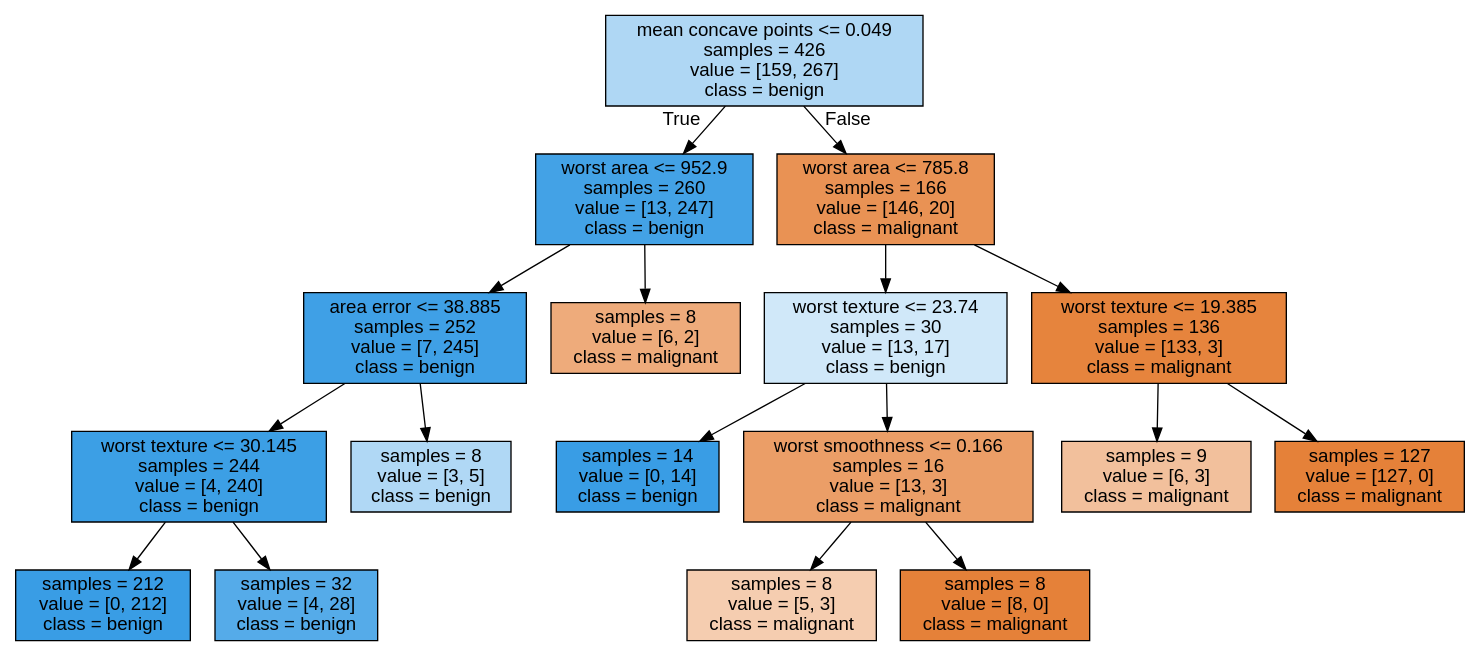
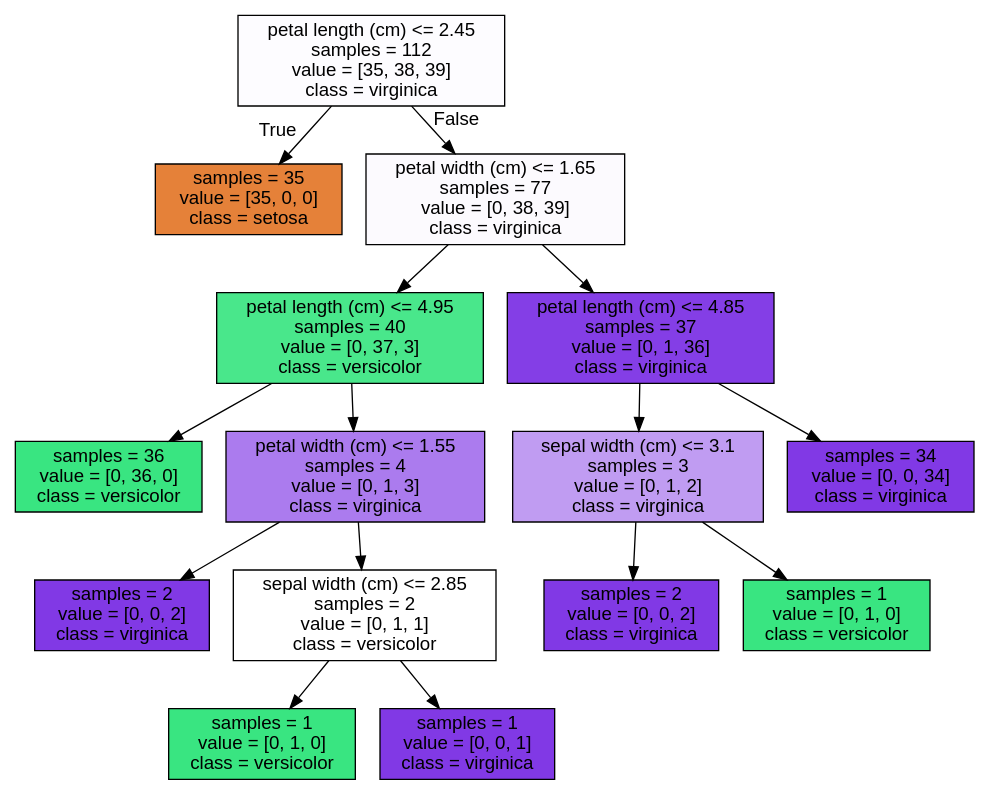
One commit to iamchrismavor/UMichigan_DataScience changed the diagram in Course 3 - ML/adspy_temp.dot. Above: the diagram before and after it, drawn with Graphviz. The commit also changed 3 other files, not shown here.

```diff
--- a/Course 3 - ML/adspy_temp.dot
+++ b/Course 3 - ML/adspy_temp.dot
@@ -1,37 +1,33 @@
 digraph Tree {
 node [shape=box, style="filled", color="black", fontname="helvetica"] ;
 edge [fontname="helvetica"] ;
-0 [label="mean concave points <= 0.049\nsamples = 426\nvalue = [159, 267]\nclass = benign", fillcolor="#afd7f4"] ;
-1 [label="worst area <= 952.9\nsamples = 260\nvalue = [13, 247]\nclass = benign", fillcolor="#43a2e6"] ;
+0 [label="petal length (cm) <= 2.45\nsamples = 112\nvalue = [35, 38, 39]\nclass = virginica", fillcolor="#fdfcff"] ;
+1 [label="samples = 35\nvalue = [35, 0, 0]\nclass = setosa", fillcolor="#e58139"] ;
 0 -> 1 [labeldistance=2.5, labelangle=45, headlabel="True"] ;
-2 [label="area error <= 38.885\nsamples = 252\nvalue = [7, 245]\nclass = benign", fillcolor="#3fa0e6"] ;
-1 -> 2 ;
-3 [label="worst texture <= 30.145\nsamples = 244\nvalue = [4, 240]\nclass = benign", fillcolor="#3c9fe5"] ;
+2 [label="petal width (cm) <= 1.65\nsamples = 77\nvalue = [0, 38, 39]\nclass = virginica", fillcolor="#fcfafe"] ;
+0 -> 2 [labeldistance=2.5, labelangle=-45, headlabel="False"] ;
+3 [label="petal length (cm) <= 4.95\nsamples = 40\nvalue = [0, 37, 3]\nclass = versicolor", fillcolor="#49e78b"] ;
 2 -> 3 ;
-4 [label="samples = 212\nvalue = [0, 212]\nclass = benign", fillcolor="#399de5"] ;
+4 [label="samples = 36\nvalue = [0, 36, 0]\nclass = versicolor", fillcolor="#39e581"] ;
 3 -> 4 ;
-5 [label="samples = 32\nvalue = [4, 28]\nclass = benign", fillcolor="#55abe9"] ;
+5 [label="petal width (cm) <= 1.55\nsamples = 4\nvalue = [0, 1, 3]\nclass = virginica", fillcolor="#ab7bee"] ;
 3 -> 5 ;
-6 [label="samples = 8\nvalue = [3, 5]\nclass = benign", fillcolor="#b0d8f5"] ;
-2 -> 6 ;
-7 [label="samples = 8\nvalue = [6, 2]\nclass = malignant", fillcolor="#eeab7b"] ;
-1 -> 7 ;
-8 [label="worst area <= 785.8\nsamples = 166\nvalue = [146, 20]\nclass = malignant", fillcolor="#e99254"] ;
-0 -> 8 [labeldistance=2.5, labelangle=-45, headlabel="False"] ;
-9 [label="worst texture <= 23.74\nsamples = 30\nvalue = [13, 17]\nclass = benign", fillcolor="#d0e8f9"] ;
-8 -> 9 ;
-10 [label="samples = 14\nvalue = [0, 14]\nclass = benign", fillcolor="#399de5"] ;
-9 -> 10 ;
-11 [label="worst smoothness <= 0.166\nsamples = 16\nvalue = [13, 3]\nclass = malignant", fillcolor="#eb9e67"] ;
-9 -> 11 ;
-12 [label="samples = 8\nvalue = [5, 3]\nclass = malignant", fillcolor="#f5cdb0"] ;
+6 [label="samples = 2\nvalue = [0, 0, 2]\nclass = virginica", fillcolor="#8139e5"] ;
+5 -> 6 ;
+7 [label="sepal width (cm) <= 2.85\nsamples = 2\nvalue = [0, 1, 1]\nclass = versicolor", fillcolor="#ffffff"] ;
+5 -> 7 ;
+8 [label="samples = 1\nvalue = [0, 1, 0]\nclass = versicolor", fillcolor="#39e581"] ;
+7 -> 8 ;
+9 [label="samples = 1\nvalue = [0, 0, 1]\nclass = virginica", fillcolor="#8139e5"] ;
+7 -> 9 ;
+10 [label="petal length (cm) <= 4.85\nsamples = 37\nvalue = [0, 1, 36]\nclass = virginica", fillcolor="#843ee6"] ;
+2 -> 10 ;
+11 [label="sepal width (cm) <= 3.1\nsamples = 3\nvalue = [0, 1, 2]\nclass = virginica", fillcolor="#c09cf2"] ;
+10 -> 11 ;
+12 [label="samples = 2\nvalue = [0, 0, 2]\nclass = virginica", fillcolor="#8139e5"] ;
 11 -> 12 ;
-13 [label="samples = 8\nvalue = [8, 0]\nclass = malignant", fillcolor="#e58139"] ;
+13 [label="samples = 1\nvalue = [0, 1, 0]\nclass = versicolor", fillcolor="#39e581"] ;
 11 -> 13 ;
-14 [label="worst texture <= 19.385\nsamples = 136\nvalue = [133, 3]\nclass = malignant", fillcolor="#e6843d"] ;
-8 -> 14 ;
-15 [label="samples = 9\nvalue = [6, 3]\nclass = malignant", fillcolor="#f2c09c"] ;
-14 -> 15 ;
-16 [label="samples = 127\nvalue = [127, 0]\nclass = malignant", fillcolor="#e58139"] ;
-14 -> 16 ;
+14 [label="samples = 34\nvalue = [0, 0, 34]\nclass = virginica", fillcolor="#8139e5"] ;
+10 -> 14 ;
 }
```
